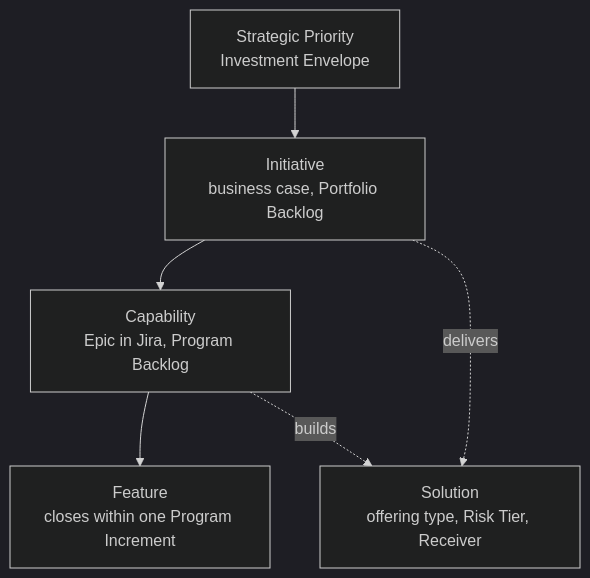
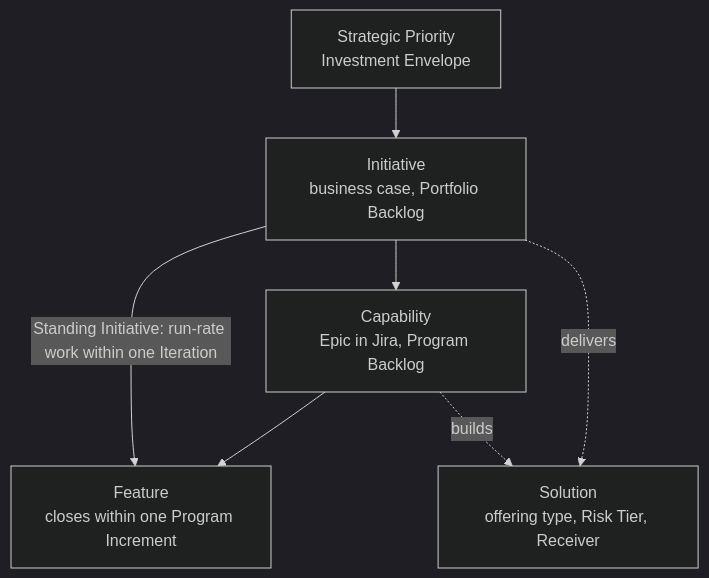
Before and after one commit to devhogu/ob-aicc: the eighth of 8 diagrams in charter/documents/portfolio-management-model.md, drawn with Mermaid (dark theme). The commit also changed other lines of this file and 512 other files, not shown here.

````diff
--- a/charter/documents/portfolio-management-model.md
+++ b/charter/documents/portfolio-management-model.md
@@ -284,8 +284,9 @@
 ```mermaid
 flowchart TB
   SP["Strategic Priority<br/>Investment Envelope"] --> INI["Initiative<br/>business case, Portfolio Backlog"]
   INI --> CAP["Capability<br/>Epic in Jira, Program Backlog"]
   CAP --> FT["Feature<br/>closes within one Program Increment"]
+  INI -->|Standing Initiative: run-rate work within one Iteration| FT
   INI -.delivers.-> SOL["Solution<br/>offering type, Risk Tier, Receiver"]
   CAP -.builds.-> SOL
 ```
````
